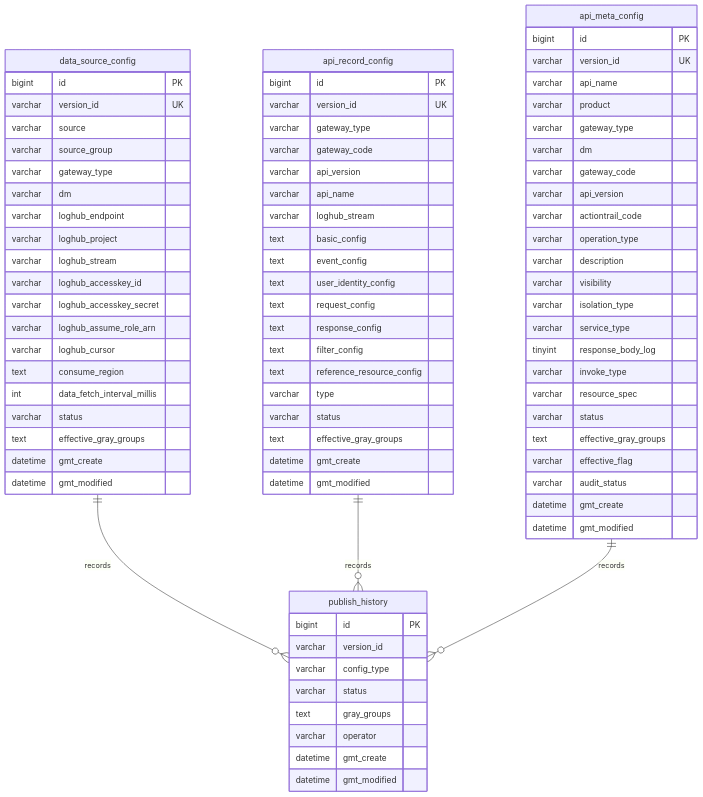
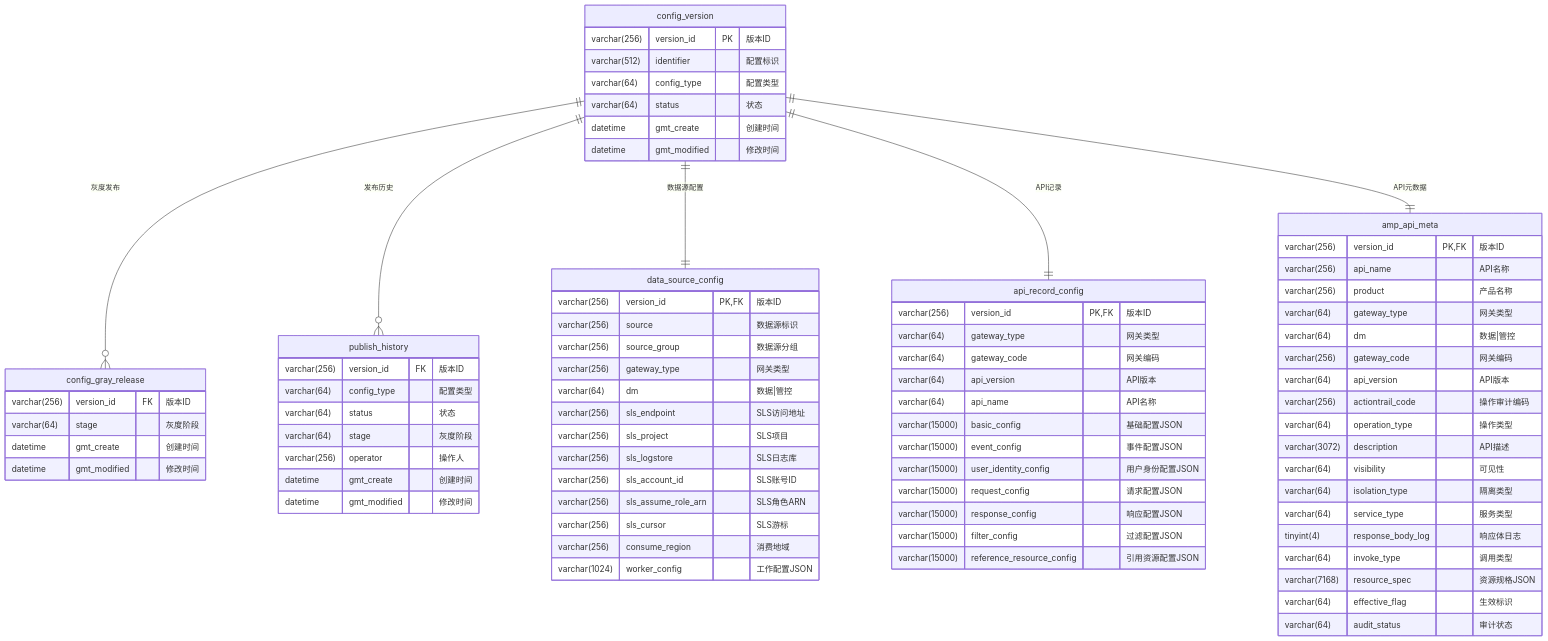
Before and after one commit to Gavinyjb/demo: the diagram in readme.md, drawn with Mermaid. The commit also changed other lines of this file and 21 other files, not shown here.

````diff
--- a/readme.md
+++ b/readme.md
@@ -92,87 +17,86 @@
 ```mermaid
 erDiagram
+    config_version ||--o{ config_gray_release : "灰度发布"
+    config_version ||--o{ publish_history : "发布历史"
+    config_version ||--|| data_source_config : "数据源配置"
+    config_version ||--|| api_record_config : "API记录"
+    config_version ||--|| amp_api_meta : "API元数据"
+
+    config_version {
+        varchar(256) version_id PK "版本ID"
+        varchar(512) identifier "配置标识"
+        varchar(64) config_type "配置类型"
+        varchar(64) status "状态"
+        datetime gmt_create "创建时间"
+        datetime gmt_modified "修改时间"
+    }
+
+    config_gray_release {
+        varchar(256) version_id FK "版本ID"
+        varchar(64) stage "灰度阶段"
+        datetime gmt_create "创建时间"
+        datetime gmt_modified "修改时间"
+    }
+
+    publish_history {
+        varchar(256) version_id FK "版本ID"
+        varchar(64) config_type "配置类型"
+        varchar(64) status "状态"
+        varchar(64) stage "灰度阶段"
+        varchar(256) operator "操作人"
+        datetime gmt_create "创建时间"
+        datetime gmt_modified "修改时间"
+    }
+
     data_source_config {
-        bigint id PK
-        varchar version_id UK
-        varchar source
-        varchar source_group
-        varchar gateway_type
-        varchar dm
-        varchar loghub_endpoint
-        varchar loghub_project
-        varchar loghub_stream
-        varchar loghub_accesskey_id
-        varchar loghub_accesskey_secret
-        varchar loghub_assume_role_arn
-        varchar loghub_cursor
-        text consume_region
-        int data_fetch_interval_millis
-        varchar status
-        text effective_gray_groups
-        datetime gmt_create
-        datetime gmt_modified
+        varchar(256) version_id PK,FK "版本ID"
+        varchar(256) source "数据源标识"
+        varchar(256) source_group "数据源分组"
+        varchar(256) gateway_type "网关类型"
+        varchar(64) dm "数据|管控"
+        varchar(256) sls_endpoint "SLS访问地址"
+        varchar(256) sls_project "SLS项目"
+        varchar(256) sls_logstore "SLS日志库"
+        varchar(256) sls_account_id "SLS账号ID"
+        varchar(256) sls_assume_role_arn "SLS角色ARN"
+        varchar(256) sls_cursor "SLS游标"
+        varchar(256) consume_region "消费地域"
+        varchar(1024) worker_config "工作配置JSON"
     }
 
     api_record_config {
-        bigint id PK
-        varchar version_id UK
-        varchar gateway_type
-        varchar gateway_code
-        varchar api_version
-        varchar api_name
-        varchar loghub_stream
-        text basic_config
-        text event_config
-        text user_identity_config
-        text request_config
-        text response_config
-        text filter_config
-        text reference_resource_config
-        varchar type
-        varchar status
-        text effective_gray_groups
-        datetime gmt_create
-        datetime gmt_modified
+        varchar(256) version_id PK,FK "版本ID"
+        varchar(64) gateway_type "网关类型"
+        varchar(64) gateway_code "网关编码"
+        varchar(64) api_version "API版本"
+        varchar(64) api_name "API名称"
+        varchar(15000) basic_config "基础配置JSON"
+        varchar(15000) event_config "事件配置JSON"
+        varchar(15000) user_identity_config "用户身份配置JSON"
+        varchar(15000) request_config "请求配置JSON"
+        varchar(15000) response_config "响应配置JSON"
+        varchar(15000) filter_config "过滤配置JSON"
+        varchar(15000) reference_resource_config "引用资源配置JSON"
     }
 
-    api_meta_config {
-        bigint id PK
-        varchar version_id UK
-        varchar api_name
-        varchar product
-        varchar gateway_type
-        varchar dm
-        varchar gateway_code
-        varchar api_version
-        varchar actiontrail_code
-        varchar operation_type
-        varchar description
-        varchar visibility
-        varchar isolation_type
-        varchar service_type
-        tinyint response_body_log
-        varchar invoke_type
-        varchar resource_spec
-        varchar status
-        text effective_gray_groups
-        varchar effective_flag
-        varchar audit_status
-        datetime gmt_create
-        datetime gmt_modified
+    amp_api_meta {
+        varchar(256) version_id PK,FK "版本ID"
+        varchar(256) api_name "API名称"
+        varchar(256) product "产品名称"
+        varchar(64) gateway_type "网关类型"
+        varchar(64) dm "数据|管控"
+        varchar(256) gateway_code "网关编码"
+        varchar(64) api_version "API版本"
+        varchar(256) actiontrail_code "操作审计编码"
+        varchar(64) operation_type "操作类型"
+        varchar(3072) description "API描述"
+        varchar(64) visibility "可见性"
+        varchar(64) isolation_type "隔离类型"
+        varchar(64) service_type "服务类型"
+        tinyint(4) response_body_log "响应体日志"
+        varchar(64) invoke_type "调用类型"
+        varchar(7168) resource_spec "资源规格JSON"
+        varchar(64) effective_flag "生效标识"
+        varchar(64) audit_status "审计状态"
     }
-
-    publish_history {
-        bigint id PK
-        varchar version_id
-        varchar config_type
-        varchar status
-        text gray_groups
-        varchar operator
-        datetime gmt_create
-        datetime gmt_modified
-    }
-
-    data_source_config ||--o{ publish_history : "records"
-    api_record_config ||--o{ publish_history : "records"
-    api_meta_config ||--o{ publish_history : "records"
 ```
````
